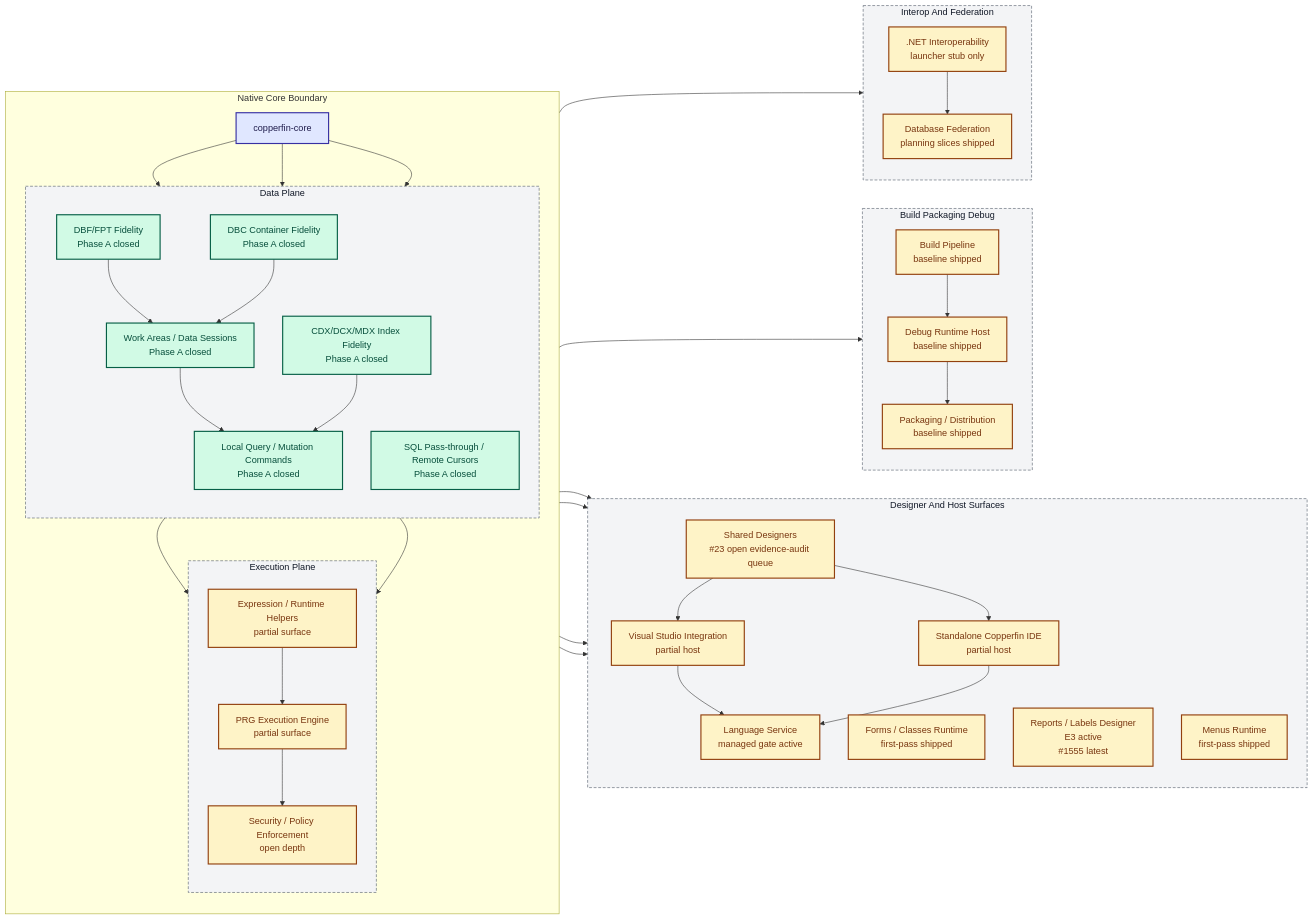
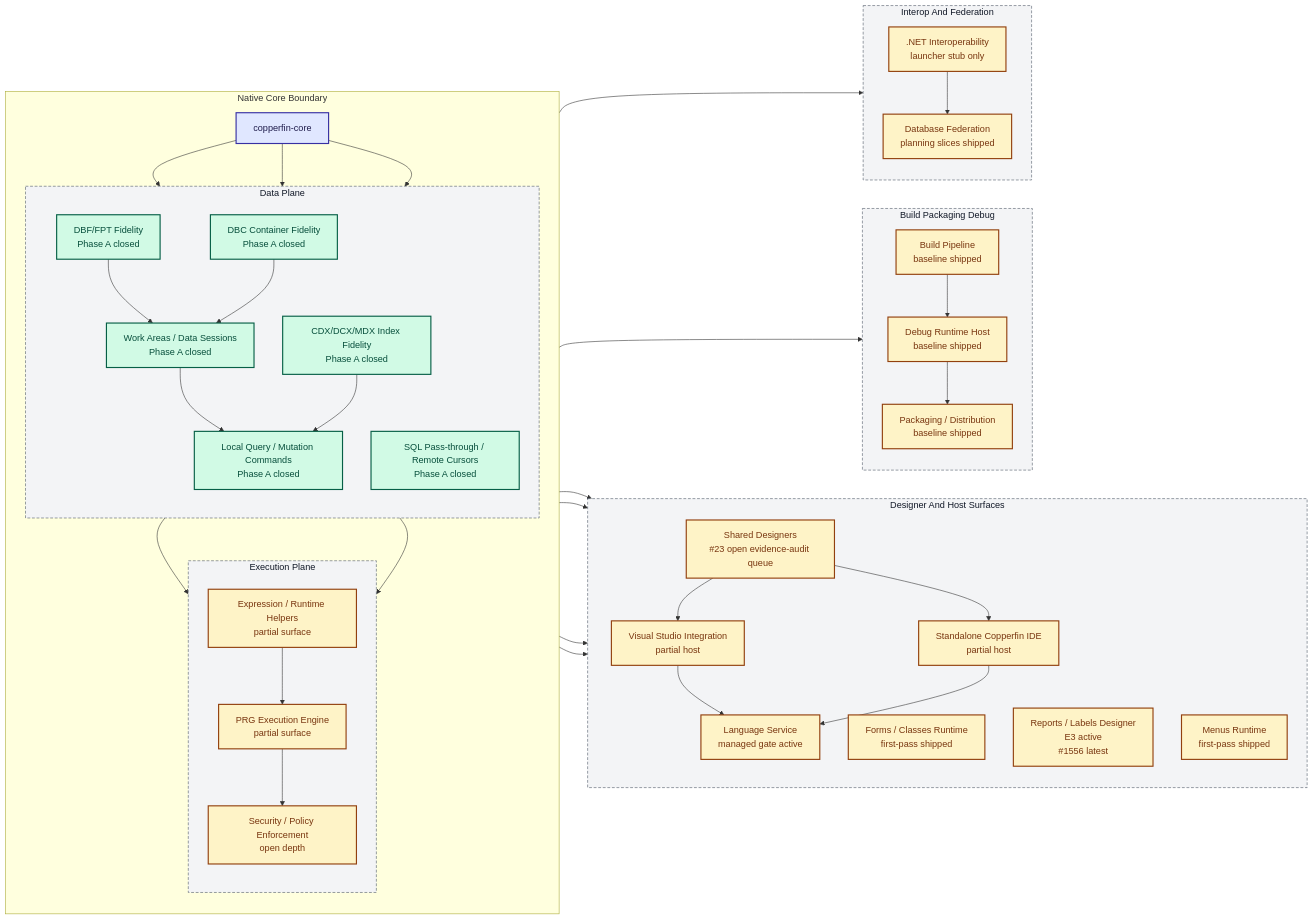
One commit to rhamenator/Project-Copperfin changed the diagram in docs/02-architecture.md. Above: the diagram before and after it, drawn with Mermaid. The commit also changed 6 other files, not shown here.

```diff
--- a/docs/02-architecture.md
+++ b/docs/02-architecture.md
@@ -36,7 +36,7 @@
         direction TB
         DES["Shared Designers<br/>#23 open evidence-audit queue"]
         FORMS["Forms / Classes Runtime<br/>first-pass shipped"]
-        RPT["Reports / Labels Designer<br/>E3 active<br/>#1555 latest"]
+        RPT["Reports / Labels Designer<br/>E3 active<br/>#1556 latest"]
         MENU["Menus Runtime<br/>first-pass shipped"]
         VS["Visual Studio Integration<br/>partial host"]
         IDE["Standalone Copperfin IDE<br/>partial host"]
```
